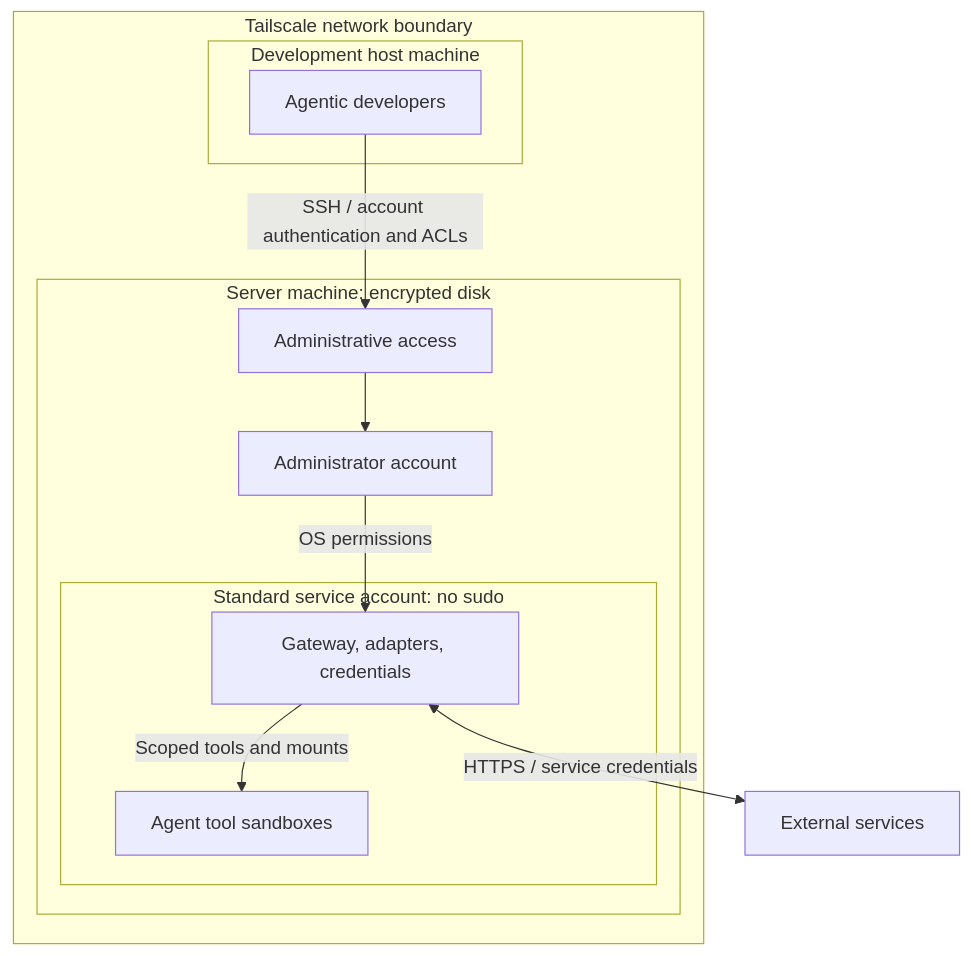
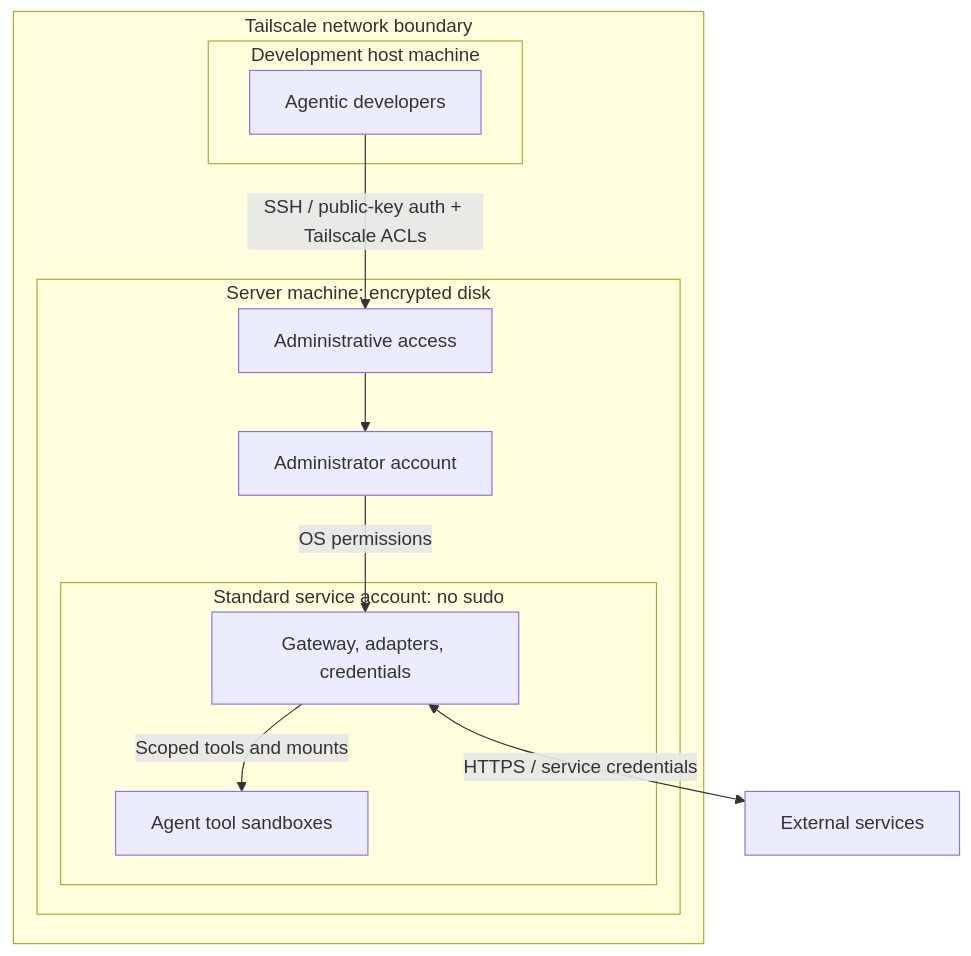
The second of 5 diagrams in docs/openclaw-setup/security-architecture.md (coletaylor788/puddles), drawn with Mermaid before and after one commit. The commit also changed other lines of this file, not shown here.

Commit message:
Label SSH authentication as public-key based

````diff
--- a/docs/openclaw-setup/security-architecture.md
+++ b/docs/openclaw-setup/security-architecture.md
@@ -67,23 +67,23 @@
 ```mermaid
 flowchart TB
     External["External services"]
     subgraph Tailnet["Tailscale network boundary"]
         subgraph DevMachine["Development host machine"]
             Developers["Agentic developers"]
         end
         subgraph Machine["Server machine: encrypted disk"]
             Login["Administrative access"]
             Admin["Administrator account"]
             subgraph Service["Standard service account: no sudo"]
                 Gateway["Gateway, adapters, credentials"]
                 Sandboxes["Agent tool sandboxes"]
             end
         end
     end
 
-    Developers -->|"SSH / account authentication and ACLs"| Login
+    Developers -->|"SSH / public-key auth + Tailscale ACLs"| Login
     Login --> Admin
     Admin -->|"OS permissions"| Gateway
     Gateway -->|"Scoped tools and mounts"| Sandboxes
     Gateway <-->|"HTTPS / service credentials"| External
 ```
````
